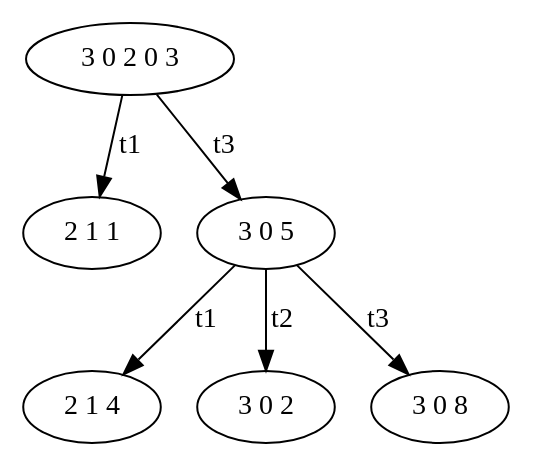
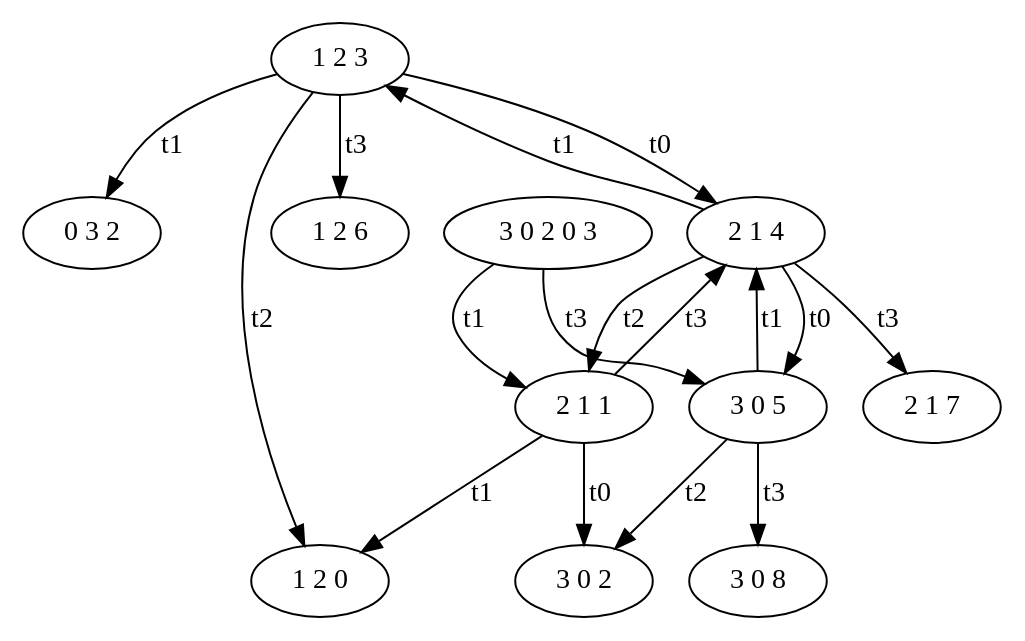
Before and after one commit to dlcgold/Appunti: the diagram in Terzo Anno/Metodi Formali/lab/4/es3/es1.dot, drawn with Graphviz. The commit also changed 1 other file, not shown here.

```diff
--- a/Terzo Anno/Metodi Formali/lab/4/es3/es1.dot
+++ b/Terzo Anno/Metodi Formali/lab/4/es3/es1.dot
@@ -1,7 +1,18 @@
 digraph G {
+"1 2 3" -> "0 3 2" [label="t1"];
+"1 2 3" -> "1 2 0" [label="t2"];
+"1 2 3" -> "1 2 6" [label="t3"];
+"1 2 3" -> "2 1 4" [label="t0"];
+"2 1 1" -> "1 2 0" [label="t1"];
+"2 1 1" -> "2 1 4" [label="t3"];
+"2 1 1" -> "3 0 2" [label="t0"];
+"2 1 4" -> "1 2 3" [label="t1"];
+"2 1 4" -> "2 1 1" [label="t2"];
+"2 1 4" -> "2 1 7" [label="t3"];
+"2 1 4" -> "3 0 5" [label="t0"];
 "3 0 2 0 3" -> "2 1 1" [label="t1"];
 "3 0 2 0 3" -> "3 0 5" [label="t3"];
 "3 0 5" -> "2 1 4" [label="t1"];
 "3 0 5" -> "3 0 2" [label="t2"];
 "3 0 5" -> "3 0 8" [label="t3"];
 }
```
